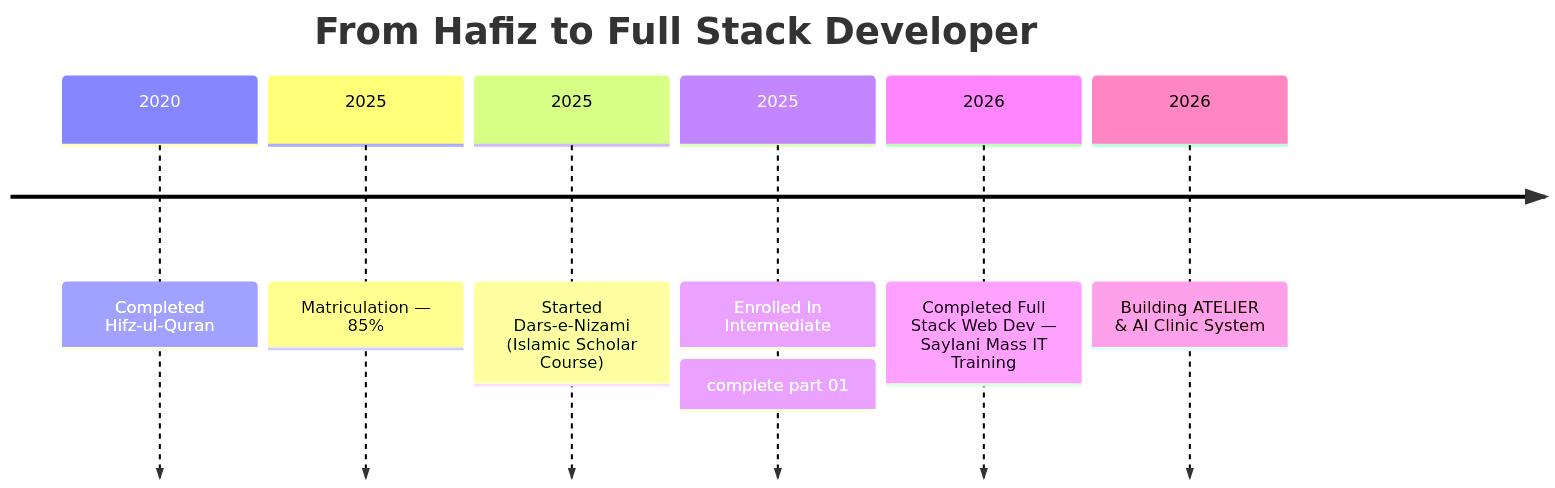
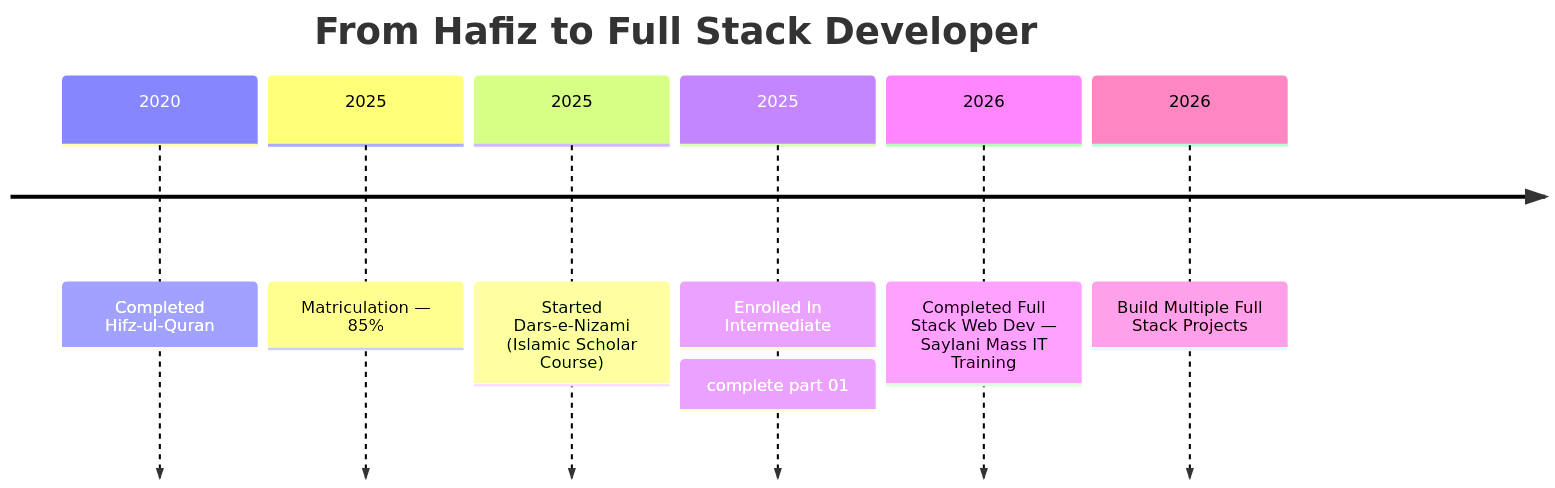
One commit to huzaifaabbasi630/huzaifaabbasi630 changed the diagram in README.md. Above: the diagram before and after it, drawn with Mermaid.

Commit message:
Update project description in README.md

````diff
--- a/README.md
+++ b/README.md
@@ -49,10 +49,10 @@
 ```mermaid
 timeline
     title From Hafiz to Full Stack Developer
     2020 : Completed Hifz-ul-Quran
     2025 : Matriculation — 85%
     2025 : Started Dars-e-Nizami (Islamic Scholar Course)
     2025 : Enrolled In Intermediate : complete part 01
     2026 : Completed Full Stack Web Dev — Saylani Mass IT Training
-    2026 : Building ATELIER & AI Clinic System
+    2026 : Build Multiple Full Stack Projects
 ```
````
